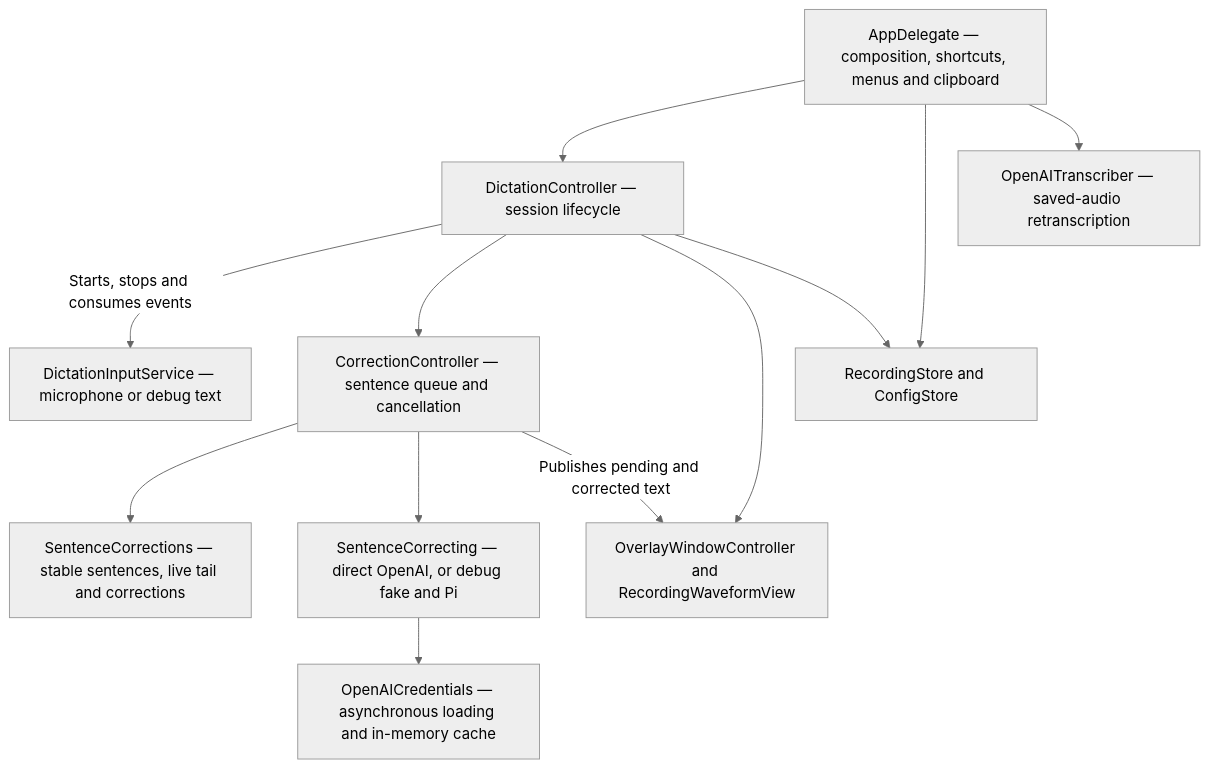
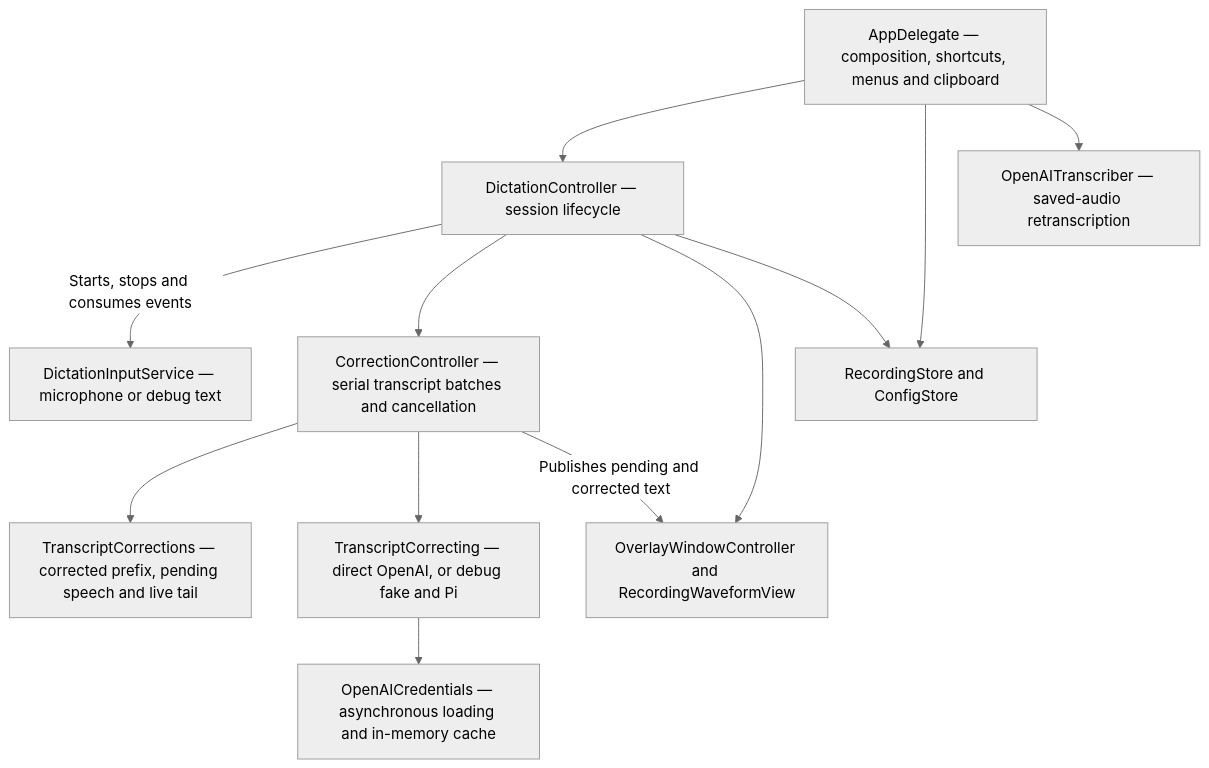
Before and after one commit to codethread/Chatty.app: the third of 3 diagrams in docs/architecture.md, drawn with Mermaid (neutral theme). The commit also changed other lines of this file and 19 other files, not shown here.

````diff
--- a/docs/architecture.md
+++ b/docs/architecture.md
@@ -57,24 +57,24 @@
 ```mermaid
 flowchart TD
   entry["AppDelegate — composition, shortcuts, menus and clipboard"]
   core["DictationController — session lifecycle"]
   input["DictationInputService — microphone or debug text"]
-  cleanup["CorrectionController — sentence queue and cancellation"]
-  document["SentenceCorrections — stable sentences, live tail and corrections"]
-  provider["SentenceCorrecting — direct OpenAI, or debug fake and Pi"]
+  cleanup["CorrectionController — serial transcript batches and cancellation"]
+  document["TranscriptCorrections — corrected prefix, pending speech and live tail"]
+  provider["TranscriptCorrecting — direct OpenAI, or debug fake and Pi"]
   credentials["OpenAICredentials — asynchronous loading and in-memory cache"]
   overlay["OverlayWindowController and RecordingWaveformView"]
   storage["RecordingStore and ConfigStore"]
   history["OpenAITranscriber — saved-audio retranscription"]
   entry --> core
   entry --> storage
   entry --> history
   core -- "Starts, stops and consumes events" --> input
   core --> cleanup
   core --> overlay
   core --> storage
   cleanup --> document
   cleanup --> provider
   provider --> credentials
   cleanup -- "Publishes pending and corrected text" --> overlay
 ```
````
